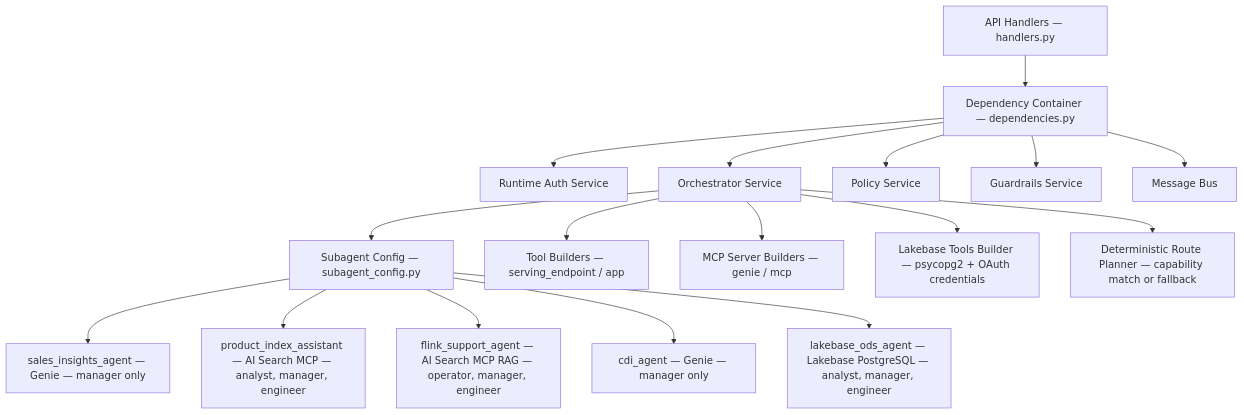
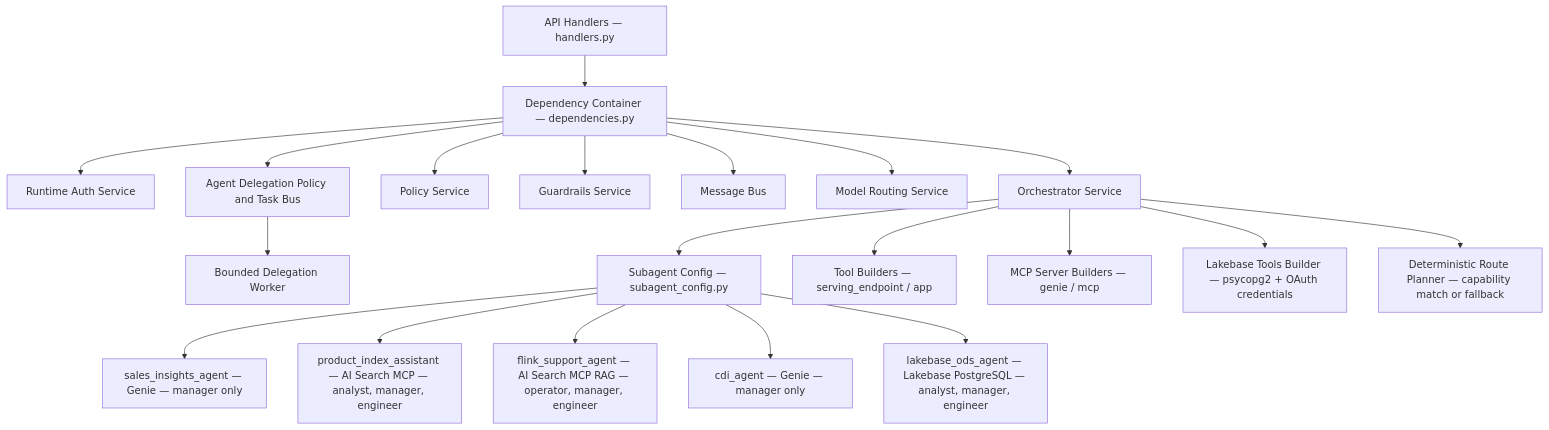
The first of 7 diagrams in docs/architecture/design-artifacts/04-logical-detailed.md (wchen-dea/Governed-Multi-Agent-Intelligence-on-Databricks), drawn with Mermaid before and after one commit. The commit also changed other lines of this file and 29 other files, not shown here.

````diff
--- a/docs/architecture/design-artifacts/04-logical-detailed.md
+++ b/docs/architecture/design-artifacts/04-logical-detailed.md
@@ -7,21 +7,24 @@
 ```mermaid
 flowchart TB
     H[API Handlers — handlers.py] --> D[Dependency Container — dependencies.py]
     D --> RA[Runtime Auth Service]
     D --> OR[Orchestrator Service]
     D --> PO[Policy Service]
     D --> GR[Guardrails Service]
     D --> MB[Message Bus]
+    D --> MR[Model Routing Service]
+    D --> DT[Agent Delegation Policy and Task Bus]
+    DT --> DW[Bounded Delegation Worker]
 
     OR --> SC[Subagent Config — subagent_config.py]
     OR --> TL[Tool Builders — serving_endpoint / app]
     OR --> MCP[MCP Server Builders — genie / mcp]
     OR --> LB[Lakebase Tools Builder — psycopg2 + OAuth credentials]
     OR --> RP[Deterministic Route Planner — capability match or fallback]
 
     SC --> S1[sales_insights_agent — Genie — manager only]
     SC --> S2[product_index_assistant — AI Search MCP — analyst, manager, engineer]
     SC --> S3[flink_support_agent — AI Search MCP RAG — operator, manager, engineer]
     SC --> S4[cdi_agent — Genie — manager only]
     SC --> S5[lakebase_ods_agent — Lakebase PostgreSQL — analyst, manager, engineer]
 ```
````
